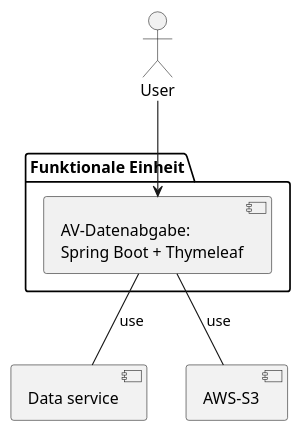
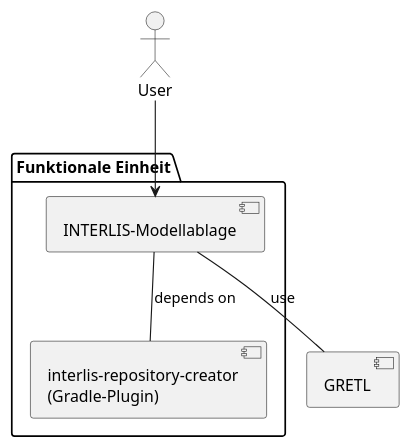
The diagram in dok_funktionale_einheiten/Documents/INTERLIS_Modellablage/component-diagram.puml (Luescher/dok), drawn with PlantUML before and after one commit.

Commit message:
[INTERLIS_Modellablage] Komponentendiagramm

```diff
--- a/dok_funktionale_einheiten/Documents/INTERLIS_Modellablage/component-diagram.puml
+++ b/dok_funktionale_einheiten/Documents/INTERLIS_Modellablage/component-diagram.puml
@@ -1,17 +1,17 @@
 @startuml
 
 actor "User" as user
 
 package "Funktionale Einheit" {
-    component [AV-Datenabgabe:\nSpring Boot + Thymeleaf] as Datenabgabe
+    component [INTERLIS-Modellablage] as Modellablage
+    component [interlis-repository-creator\n(Gradle-Plugin)] as Creator 
 }
 
-component [Data service] as Dataservice #f2f2f2
-component [AWS-S3] as S3 #f2f2f2
+component [GRETL] as Gretl #f2f2f2
 
-user --> Datenabgabe
+user --> Modellablage
 
-Datenabgabe -- S3 : use
-Datenabgabe -- Dataservice : use
+Modellablage -- Gretl : use
+Modellablage -- Creator : depends on
 
 @enduml
```
